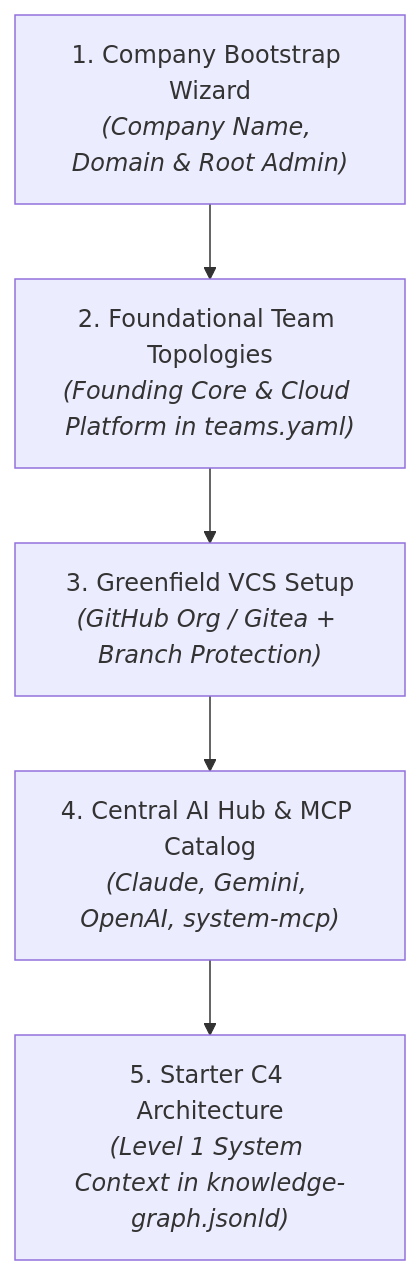
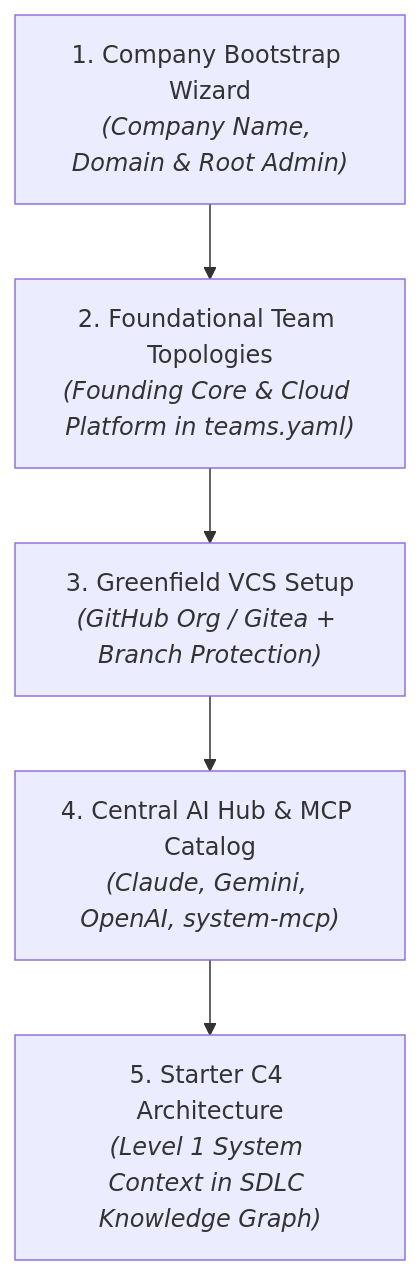
One commit to nddipiazza/robos changed the diagram in docs/new-company-setup.md. Above: the diagram before and after it, drawn with Mermaid. The commit also changed other lines of this file and 5 other files, not shown here.

Commit message:
docs: replace file-path flowcharts with high-impact capability diagrams

````diff
--- a/docs/new-company-setup.md
+++ b/docs/new-company-setup.md
@@ -32,10 +32,10 @@
 ```mermaid
 flowchart TD
     Init["1. Company Bootstrap Wizard<br/><i>(Company Name, Domain & Root Admin)</i>"]
     Topo["2. Foundational Team Topologies<br/><i>(Founding Core & Cloud Platform in teams.yaml)</i>"]
     VCS["3. Greenfield VCS Setup<br/><i>(GitHub Org / Gitea + Branch Protection)</i>"]
     AI["4. Central AI Hub & MCP Catalog<br/><i>(Claude, Gemini, OpenAI, system-mcp)</i>"]
-    C4["5. Starter C4 Architecture<br/><i>(Level 1 System Context in knowledge-graph.jsonld)</i>"]
+    C4["5. Starter C4 Architecture<br/><i>(Level 1 System Context in SDLC Knowledge Graph)</i>"]
 
     Init --> Topo --> VCS --> AI --> C4
 ```
````
